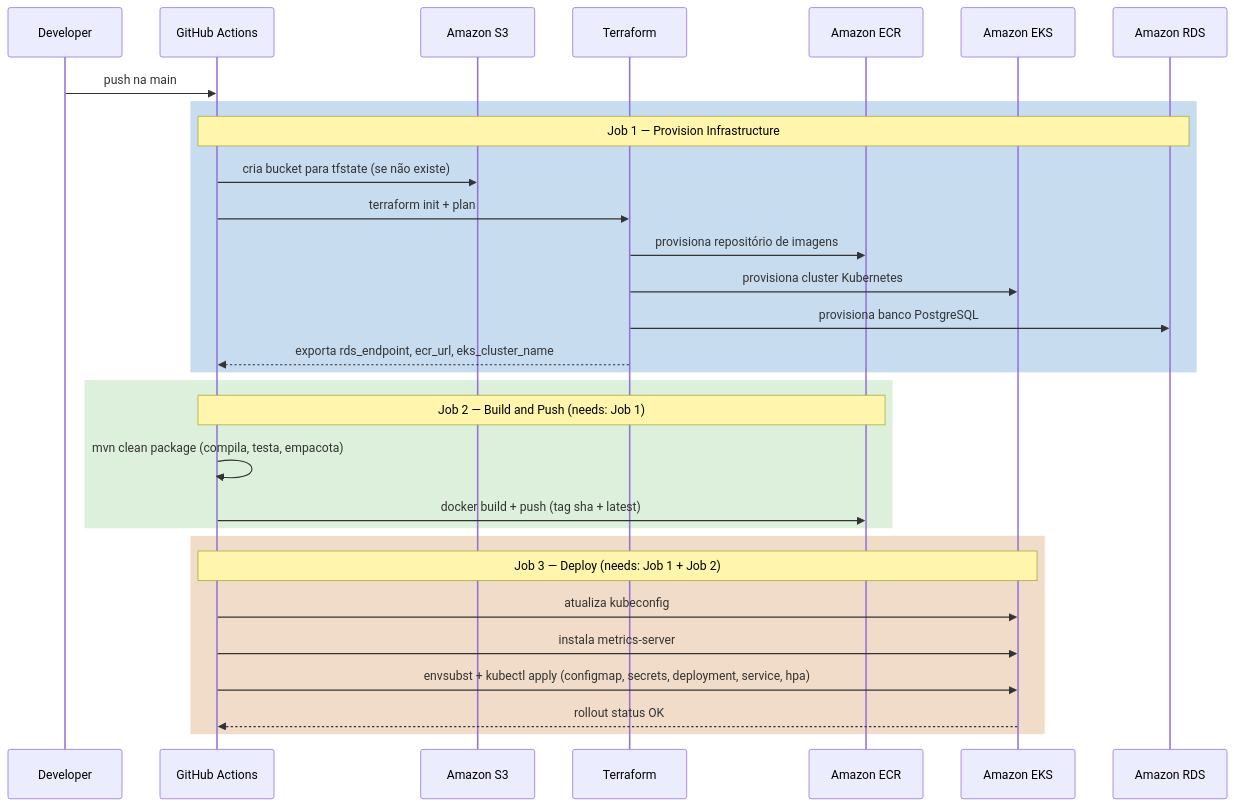
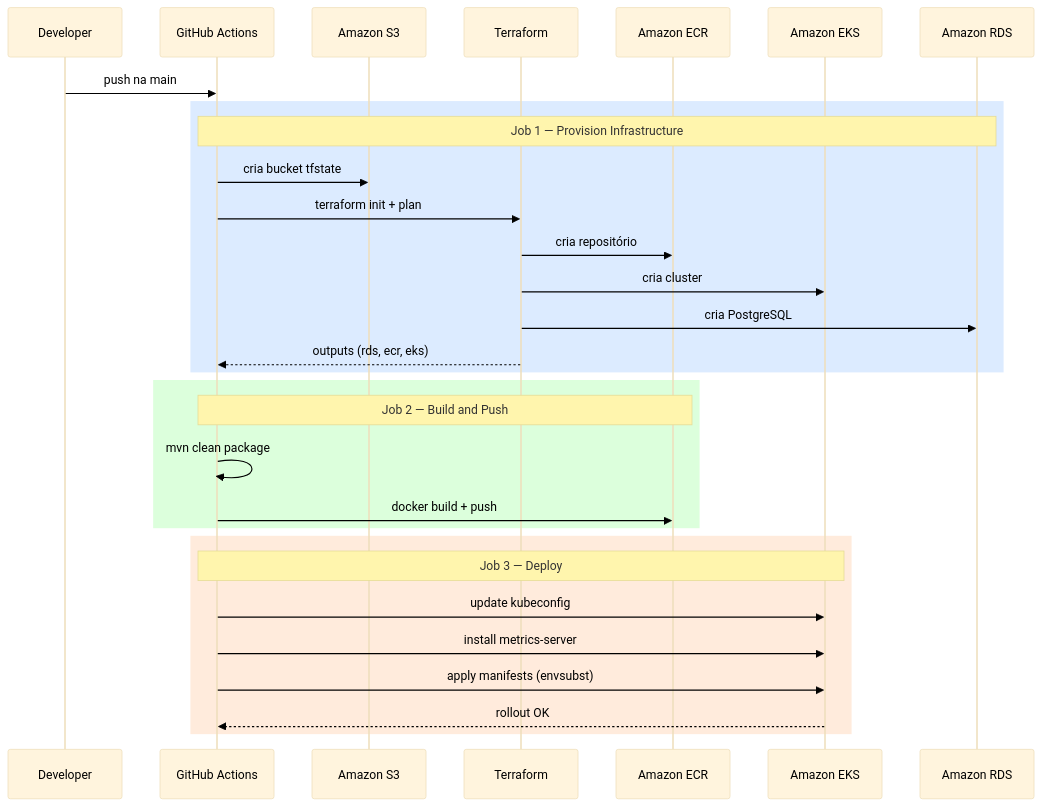
One commit to pitflow-so/pitflow-os-backend changed the diagram in README.md. Above: the diagram before and after it, drawn with Mermaid.

Commit message:
chore: updated de sequence diagram to CI/CD to clean fonts

````diff
--- a/README.md
+++ b/README.md
@@ -73,36 +73,46 @@
 ```mermaid
+%%{init: {
+  "theme": "base",
+  "themeVariables": {
+    "primaryTextColor": "#000000",
+    "secondaryTextColor": "#000000",
+    "tertiaryTextColor": "#000000",
+    "lineColor": "#333333",
+    "fontSize": "14px"
+  }
+}}%%
 sequenceDiagram
     participant Dev as Developer
     participant GH as GitHub Actions
     participant S3 as Amazon S3
     participant TF as Terraform
     participant ECR as Amazon ECR
     participant EKS as Amazon EKS
     participant RDS as Amazon RDS
 
     Dev->>GH: push na main
 
-    rect rgb(200, 220, 240)
+    rect rgb(220, 235, 255)
         note over GH,RDS: Job 1 — Provision Infrastructure
-        GH->>S3: cria bucket para tfstate (se não existe)
+        GH->>S3: cria bucket tfstate
         GH->>TF: terraform init + plan
-        TF->>ECR: provisiona repositório de imagens
-        TF->>EKS: provisiona cluster Kubernetes
-        TF->>RDS: provisiona banco PostgreSQL
-        TF-->>GH: exporta rds_endpoint, ecr_url, eks_cluster_name
+        TF->>ECR: cria repositório
+        TF->>EKS: cria cluster
+        TF->>RDS: cria PostgreSQL
+        TF-->>GH: outputs (rds, ecr, eks)
     end
 
-    rect rgb(220, 240, 220)
-        note over GH,ECR: Job 2 — Build and Push (needs: Job 1)
-        GH->>GH: mvn clean package (compila, testa, empacota)
-        GH->>ECR: docker build + push (tag sha + latest)
+    rect rgb(220, 255, 220)
+        note over GH,ECR: Job 2 — Build and Push
+        GH->>GH: mvn clean package
+        GH->>ECR: docker build + push
     end
 
-    rect rgb(240, 220, 200)
-        note over GH,EKS: Job 3 — Deploy (needs: Job 1 + Job 2)
-        GH->>EKS: atualiza kubeconfig
-        GH->>EKS: instala metrics-server
-        GH->>EKS: envsubst + kubectl apply (configmap, secrets, deployment, service, hpa)
-        EKS-->>GH: rollout status OK
+    rect rgb(255, 235, 220)
+        note over GH,EKS: Job 3 — Deploy
+        GH->>EKS: update kubeconfig
+        GH->>EKS: install metrics-server
+        GH->>EKS: apply manifests (envsubst)
+        EKS-->>GH: rollout OK
     end
 ```
````
